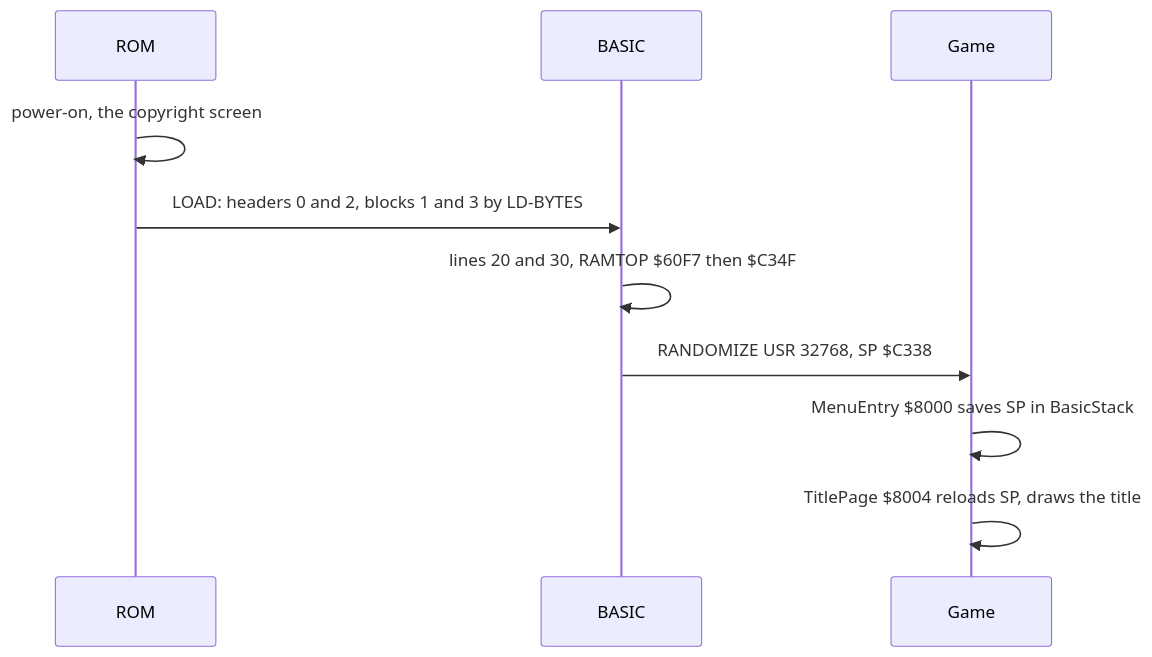
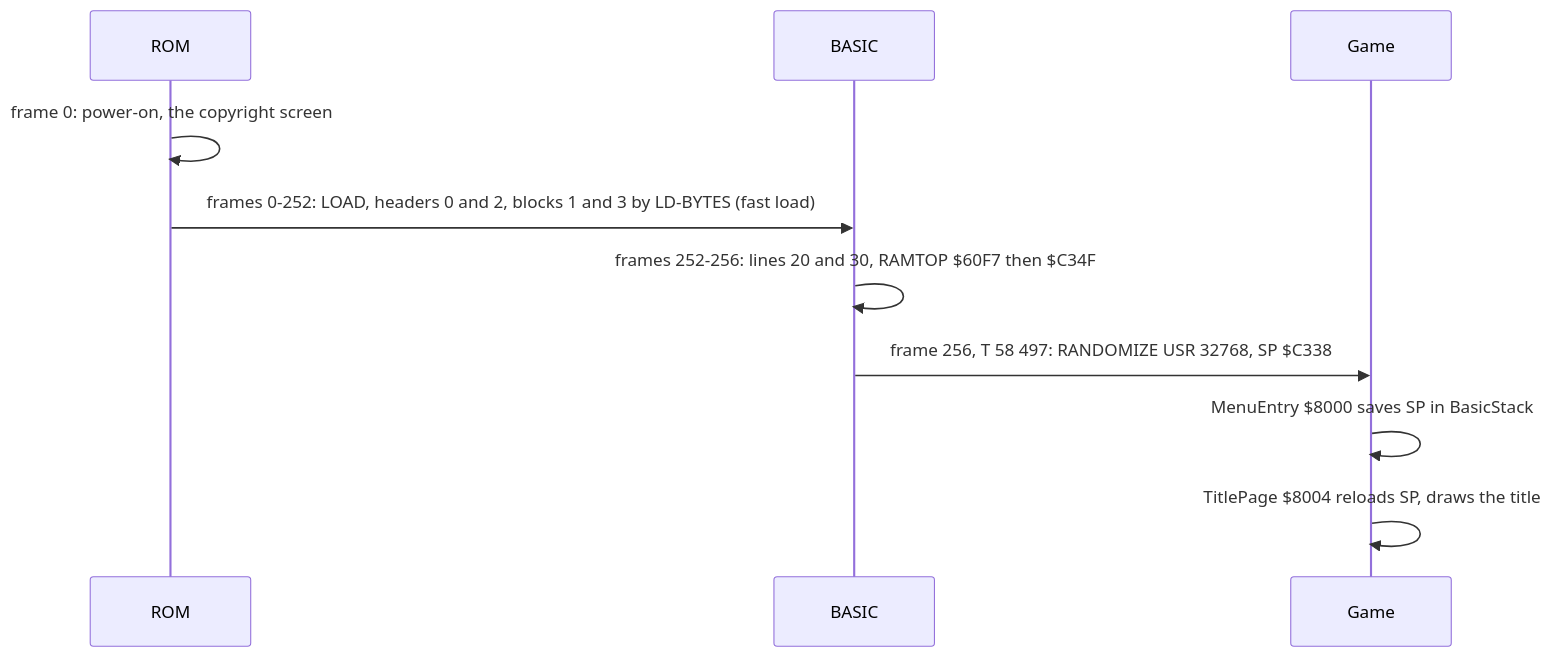
The second of 4 diagrams in games/moon-patrol/docs/03-build-and-load.md (alfishe/unrealng-reverse-cases), drawn with Mermaid before and after one commit. The commit also changed other lines of this file and 25 other files, not shown here.

Commit message:
Moon Patrol review round 1 (58 findings: 52 accepted, 5 in part, 1 rejected) worked: the pass 7.05 frames defined once, the tune's 16 periods with HL = word, the hi-score slot search, the wheels' step, the stack bottom $C2FC; hi-score entry asm and example, the three images figure

````diff
--- a/games/moon-patrol/docs/03-build-and-load.md
+++ b/games/moon-patrol/docs/03-build-and-load.md
@@ -117,12 +117,12 @@
 ```mermaid
 sequenceDiagram
     participant ROM
     participant BASIC
     participant Game
-    ROM->>ROM: power-on, the copyright screen
-    ROM->>BASIC: LOAD: headers 0 and 2, blocks 1 and 3 by LD-BYTES
-    BASIC->>BASIC: lines 20 and 30, RAMTOP $60F7 then $C34F
-    BASIC->>Game: RANDOMIZE USR 32768, SP $C338
+    ROM->>ROM: frame 0: power-on, the copyright screen
+    ROM->>BASIC: frames 0-252: LOAD, headers 0 and 2, blocks 1 and 3 by LD-BYTES (fast load)
+    BASIC->>BASIC: frames 252-256: lines 20 and 30, RAMTOP $60F7 then $C34F
+    BASIC->>Game: frame 256, T 58 497: RANDOMIZE USR 32768, SP $C338
     Game->>Game: MenuEntry $8000 saves SP in BasicStack
     Game->>Game: TitlePage $8004 reloads SP, draws the title
 ```
````
